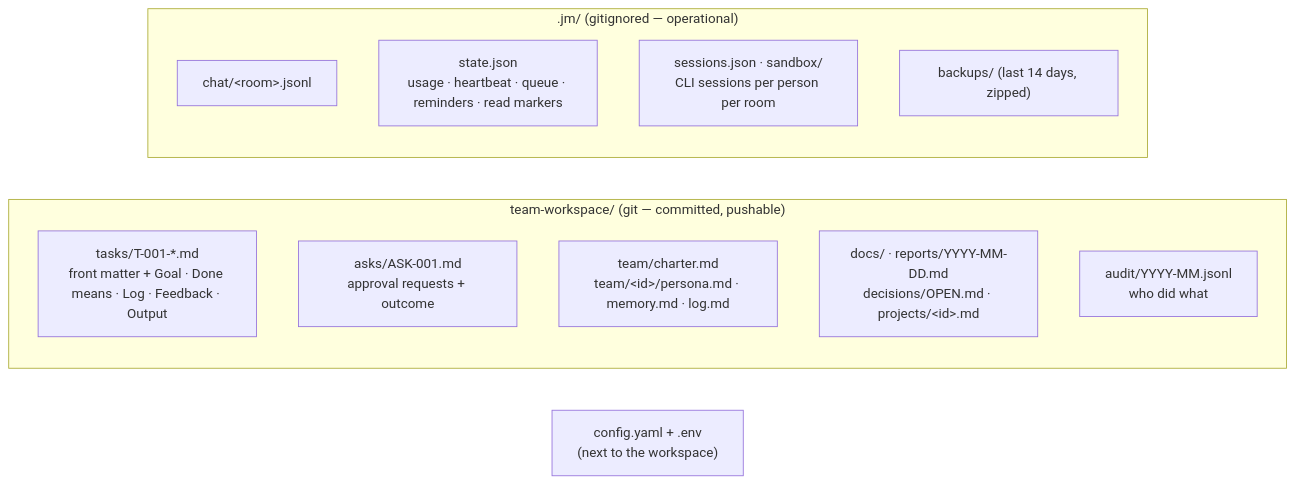
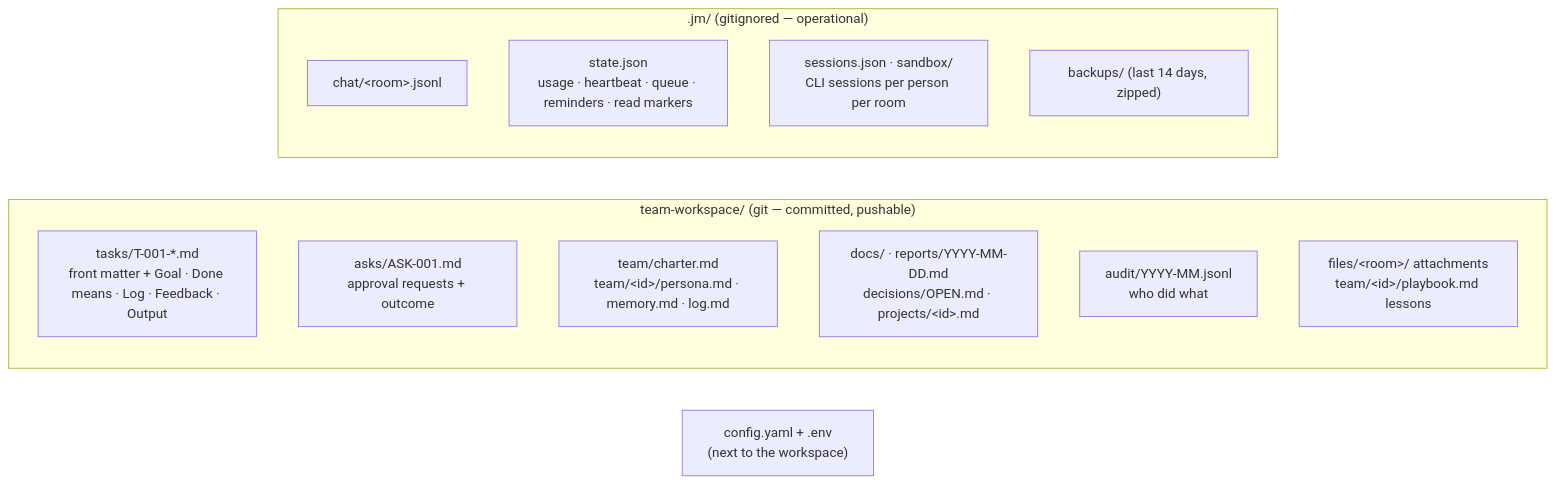
Before and after one commit to CuriousDevs-AI/james-monitoring: the fifth of 5 diagrams in README.md, drawn with Mermaid. The commit also changed other lines of this file and 8 other files, not shown here.

````diff
--- a/README.md
+++ b/README.md
@@ -348,17 +374,18 @@
 ```mermaid
 flowchart LR
     subgraph Team["team-workspace/  (git — committed, pushable)"]
         T["tasks/T-001-*.md<br/>front matter + Goal · Done means · Log · Feedback · Output"]
         A["asks/ASK-001.md<br/>approval requests + outcome"]
         P["team/charter.md<br/>team/&lt;id&gt;/persona.md · memory.md · log.md"]
         D["docs/ · reports/YYYY-MM-DD.md<br/>decisions/OPEN.md · projects/&lt;id&gt;.md"]
         AU["audit/YYYY-MM.jsonl<br/>who did what"]
+        F["files/&lt;room&gt;/ attachments<br/>team/&lt;id&gt;/playbook.md lessons"]
     end
     subgraph Runtime[".jm/  (gitignored — operational)"]
         C["chat/&lt;room&gt;.jsonl"]
         S["state.json<br/>usage · heartbeat · queue · reminders · read markers"]
         SE["sessions.json · sandbox/<br/>CLI sessions per person per room"]
         B["backups/ (last 14 days, zipped)"]
     end
     CFG["config.yaml + .env<br/>(next to the workspace)"]
 ```
````
